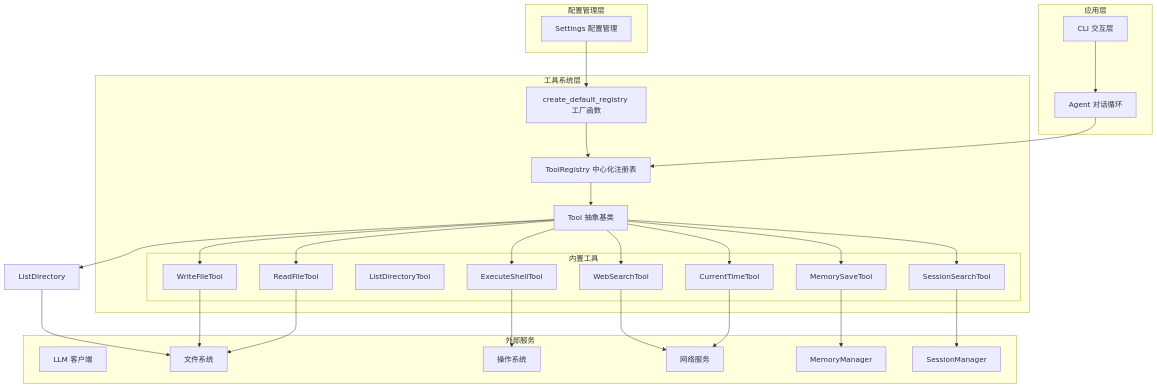
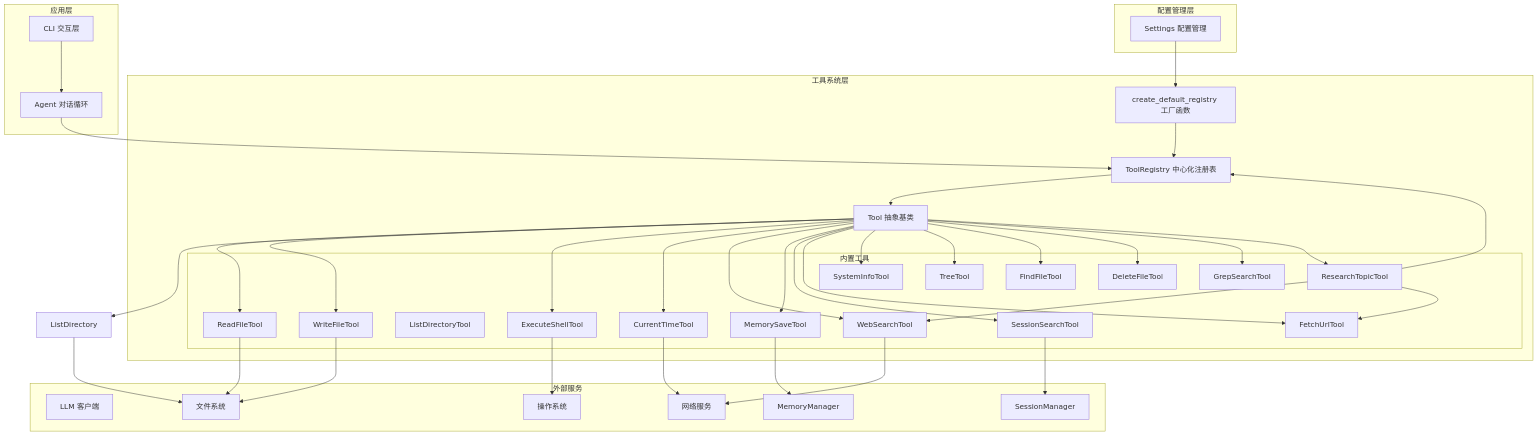
Before and after one commit to 250shiwo/MySmallAgent: the second of 14 diagrams in .qoder/repowiki/zh/content/核心模块详解/工具系统架构.md, drawn with Mermaid. The commit also changed other lines of this file and 23 other files, not shown here.

````diff
--- a/.qoder/repowiki/zh/content/核心模块详解/工具系统架构.md
+++ b/.qoder/repowiki/zh/content/核心模块详解/工具系统架构.md
@@ -177,54 +203,71 @@
 ```mermaid
 graph TB
 subgraph "应用层"
 Agent[Agent 对话循环]
 CLI[CLI 交互层]
 end
 subgraph "配置管理层"
 Settings[Settings 配置管理]
 end
 subgraph "工具系统层"
 Tool[Tool 抽象基类]
 Registry[ToolRegistry 中心化注册表]
 Factory[create_default_registry 工厂函数]
 subgraph "内置工具"
 ReadFile[ReadFileTool]
 WriteFile[WriteFileTool]
 ListDirectoryTool[ListDirectoryTool]
 ShellExec[ExecuteShellTool]
 CurrentTime[CurrentTimeTool]
 WebSearch[WebSearchTool]
 MemorySave[MemorySaveTool]
 SessionSearch[SessionSearchTool]
+FetchUrl[FetchUrlTool]
+SystemInfo[SystemInfoTool]
+Tree[TreeTool]
+FindFile[FindFileTool]
+FileDelete[DeleteFileTool]
+GrepSearch[GrepSearchTool]
+ResearchTopic[ResearchTopicTool]
 end
 end
 subgraph "外部服务"
 LLM[LLM 客户端]
 FS[文件系统]
 OS[操作系统]
 Internet[网络服务]
 Memory[MemoryManager]
 Sessions[SessionManager]
 end
 Agent --> Registry
 CLI --> Agent
 Settings --> Factory
 Factory --> Registry
 Registry --> Tool
 Tool --> ReadFile
 Tool --> WriteFile
 Tool --> ListDirectory
 Tool --> ShellExec
 Tool --> CurrentTime
 Tool --> WebSearch
 Tool --> MemorySave
 Tool --> SessionSearch
+Tool --> FetchUrl
+Tool --> SystemInfo
+Tool --> Tree
+Tool --> FindFile
+Tool --> FileDelete
+Tool --> GrepSearch
+Tool --> ResearchTopic
 ReadFile --> FS
 WriteFile --> FS
 ListDirectory --> FS
 ShellExec --> OS
 CurrentTime --> Internet
 WebSearch --> Internet
 MemorySave --> Memory
 SessionSearch --> Sessions
+ResearchTopic --> Registry
+ResearchTopic --> WebSearch
+ResearchTopic --> FetchUrl
 ```
````
